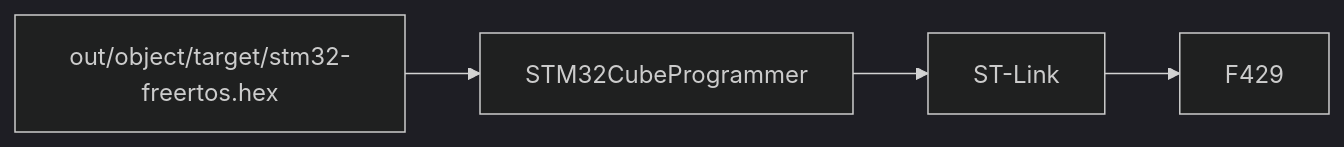
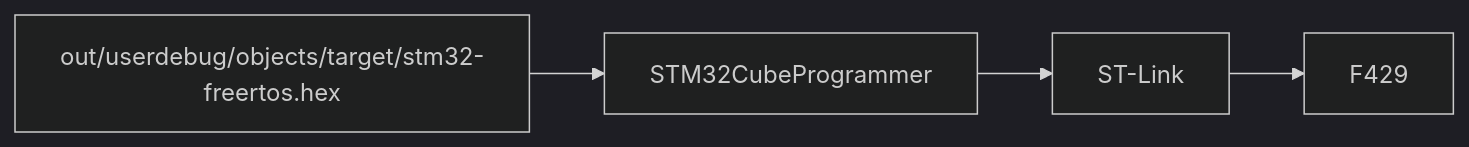
One commit to wanglinchen/stm32_freertos changed the third of 5 diagrams in doc/design/搭建环境.md. Above: the diagram before and after it, drawn with Mermaid (dark theme). The commit also changed other lines of this file and 43 other files, not shown here.

````diff
--- a/doc/design/搭建环境.md
+++ b/doc/design/搭建环境.md
@@ -183,11 +183,11 @@
 ```mermaid
 flowchart LR
     CUBE["STM32CubeProgrammer"]
     STLINK["ST-Link"]
     MCU["F429"]
-    HEX["out/object/target/stm32-freertos.hex"]
+    HEX["out/userdebug/objects/target/stm32-freertos.hex"]
 
     HEX --> CUBE
     CUBE --> STLINK
     STLINK --> MCU
 ```
````
